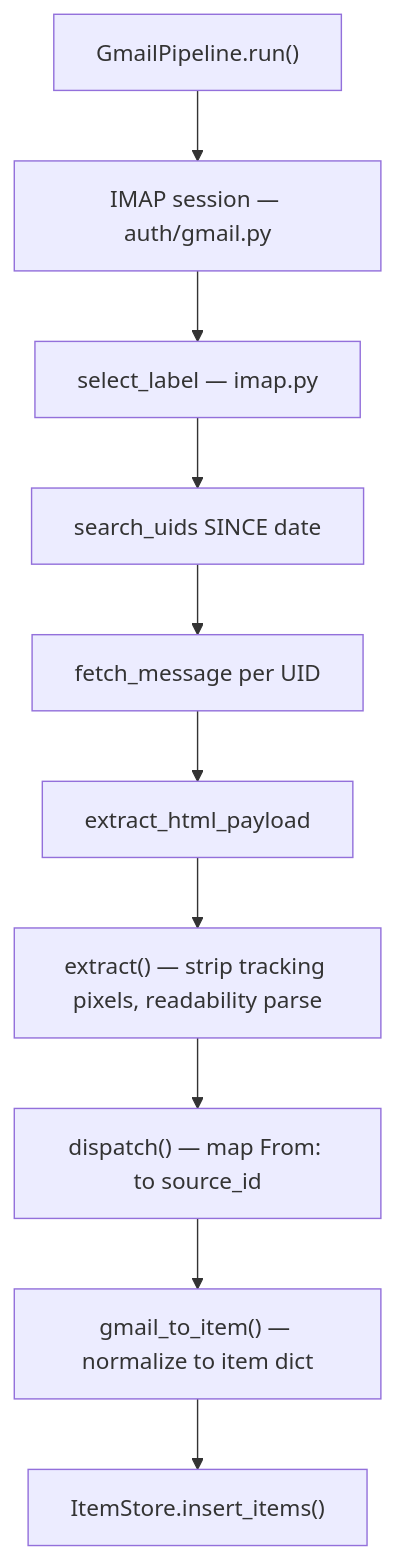
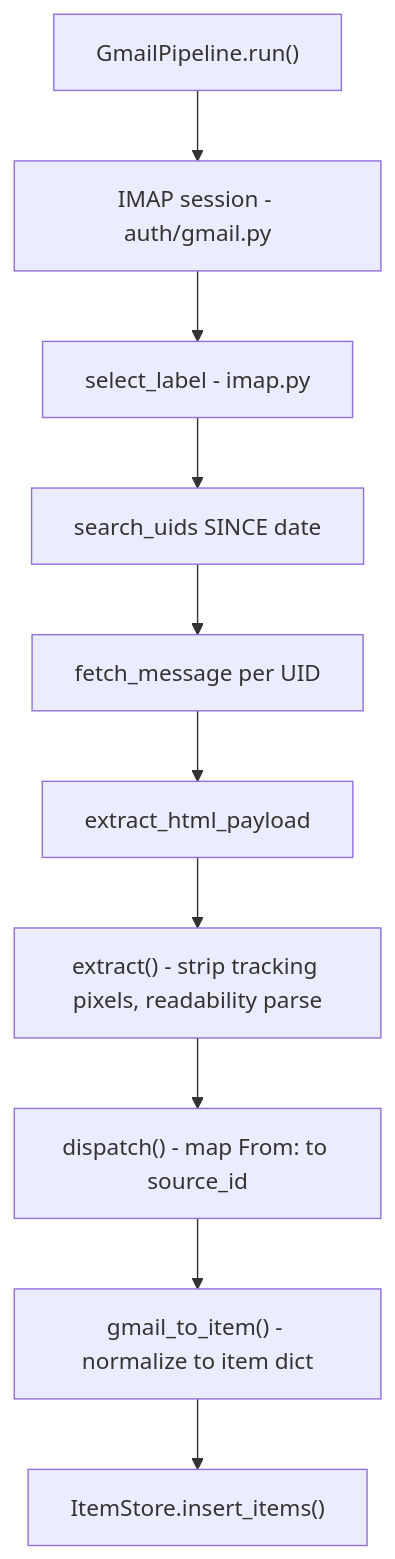
One commit to aadarshvelu/syndicate changed the first of 3 diagrams in pipeline/ingestion/doc.md. Above: the diagram before and after it, drawn with Mermaid. The commit also changed other lines of this file and 12 other files, not shown here.

````diff
--- a/pipeline/ingestion/doc.md
+++ b/pipeline/ingestion/doc.md
@@ -8,12 +8,12 @@
 ```mermaid
 flowchart TD
-    A["GmailPipeline.run()"] --> B["IMAP session — auth/gmail.py"]
-    B --> C["select_label — imap.py"]
+    A["GmailPipeline.run()"] --> B["IMAP session - auth/gmail.py"]
+    B --> C["select_label - imap.py"]
     C --> D["search_uids SINCE date"]
     D --> E["fetch_message per UID"]
     E --> F["extract_html_payload"]
-    F --> G["extract() — strip tracking pixels, readability parse"]
-    G --> H["dispatch() — map From: to source_id"]
-    H --> I["gmail_to_item() — normalize to item dict"]
+    F --> G["extract() - strip tracking pixels, readability parse"]
+    G --> H["dispatch() - map From: to source_id"]
+    H --> I["gmail_to_item() - normalize to item dict"]
     I --> J["ItemStore.insert_items()"]
 ```
````
